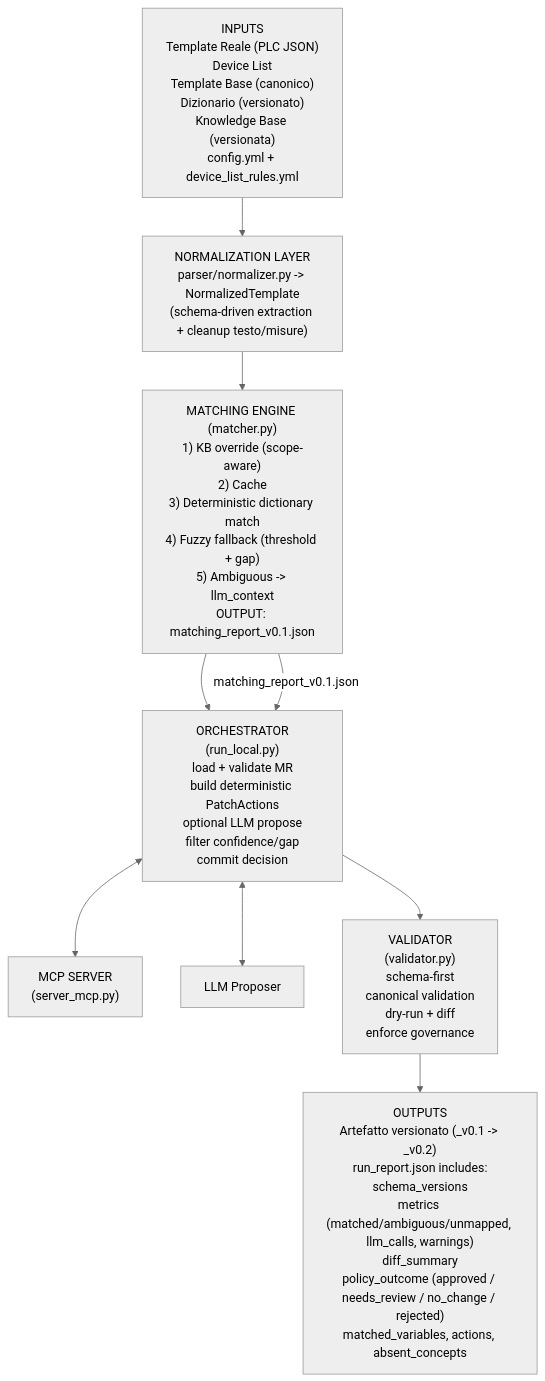
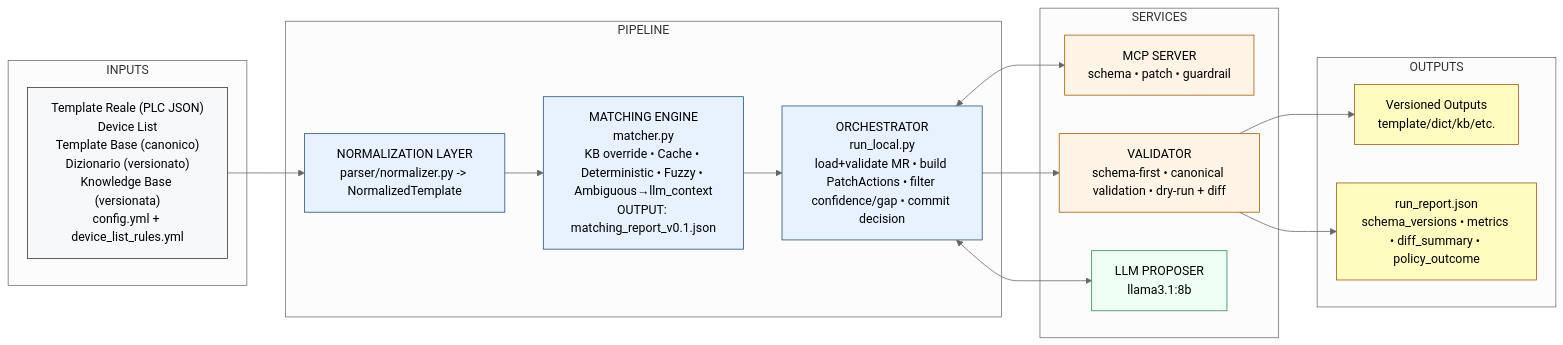
One commit to RiccardoLunardelli/ProgettoAI-Mosaico changed the diagram in doc/15_architettura/README.md. Above: the diagram before and after it, drawn with Mermaid (neutral theme).

Commit message:
FIX:formato  architettura

````diff
--- a/doc/15_architettura/README.md
+++ b/doc/15_architettura/README.md
@@ -8,18 +8,42 @@
 ```mermaid
-flowchart TD
-  A["INPUTS<br/>Template Reale (PLC JSON)<br/>Device List<br/>Template Base (canonico)<br/>Dizionario (versionato)<br/>Knowledge Base (versionata)<br/>config.yml + device_list_rules.yml"]
-  B["NORMALIZATION LAYER<br/>parser/normalizer.py -> NormalizedTemplate<br/>(schema-driven extraction + cleanup testo/misure)"]
-  C["MATCHING ENGINE (matcher.py)<br/>1) KB override (scope-aware)<br/>2) Cache<br/>3) Deterministic dictionary match<br/>4) Fuzzy fallback (threshold + gap)<br/>5) Ambiguous -> llm_context<br/>OUTPUT: matching_report_v0.1.json"]
-  D["MCP SERVER<br/>(server_mcp.py)"]
-  E["ORCHESTRATOR<br/>(run_local.py)<br/>load + validate MR<br/>build deterministic PatchActions<br/>optional LLM propose<br/>filter confidence/gap<br/>commit decision"]
-  F["LLM Proposer"]
-  G["VALIDATOR<br/>(validator.py)<br/>schema-first<br/>canonical validation<br/>dry-run + diff<br/>enforce governance"]
-  H["OUTPUTS<br/>Artefatto versionato (_v0.1 -> _v0.2)<br/>run_report.json includes:<br/>schema_versions<br/>metrics (matched/ambiguous/unmapped, llm_calls, warnings)<br/>diff_summary<br/>policy_outcome (approved / needs_review / no_change / rejected)<br/>matched_variables, actions, absent_concepts"]
+flowchart LR
+  classDef core fill:#f6f8fa,stroke:#333,stroke-width:1px;
+  classDef flow fill:#e8f1ff,stroke:#1f4e79,stroke-width:1px;
+  classDef gate fill:#fff4e6,stroke:#a35a00,stroke-width:1px;
+  classDef llm fill:#f0fff4,stroke:#2f855a,stroke-width:1px;
+  classDef out fill:#fefcbf,stroke:#975a16,stroke-width:1px;
+
+  subgraph INPUTS
+    A["Template Reale (PLC JSON)<br/>Device List<br/>Template Base (canonico)<br/>Dizionario (versionato)<br/>Knowledge Base (versionata)<br/>config.yml + device_list_rules.yml"]
+  end
+
+  subgraph PIPELINE
+    B["NORMALIZATION LAYER<br/>parser/normalizer.py -> NormalizedTemplate"]
+    C["MATCHING ENGINE<br/>matcher.py<br/>KB override • Cache • Deterministic • Fuzzy • Ambiguous→llm_context<br/>OUTPUT: matching_report_v0.1.json"]
+    E["ORCHESTRATOR<br/>run_local.py<br/>load+validate MR • build PatchActions • filter confidence/gap • commit decision"]
+  end
+
+  subgraph SERVICES
+    D["MCP SERVER<br/>schema • patch • guardrail"]
+    G["VALIDATOR<br/>schema-first • canonical validation • dry-run + diff"]
+    F["LLM PROPOSER<br/>llama3.1:8b"]
+  end
+
+  subgraph OUTPUTS
+    H["Versioned Outputs<br/>template/dict/kb/etc."]
+    I["run_report.json<br/>schema_versions • metrics • diff_summary • policy_outcome"]
+  end
 
   A --> B --> C --> E
-  C -->|matching_report_v0.1.json| E
   E <--> D
   E <--> F
-  E --> G --> H
+  E --> G
+  G --> H
+  G --> I
 
+  class A core
+  class B,C,E flow
+  class D,G gate
+  class F llm
+  class H,I out
  ```
````
